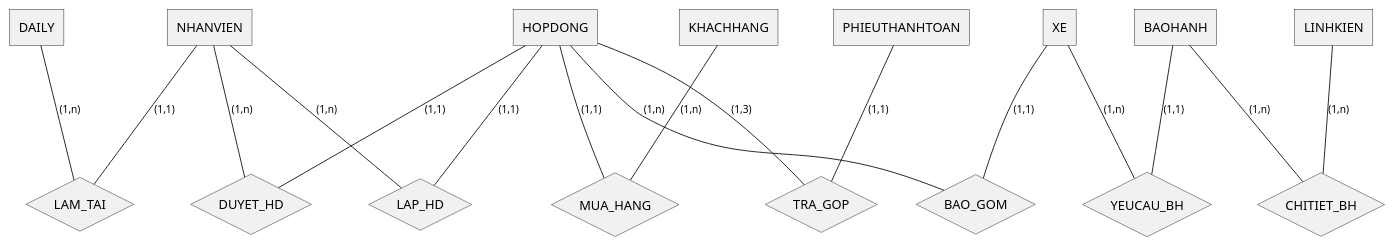
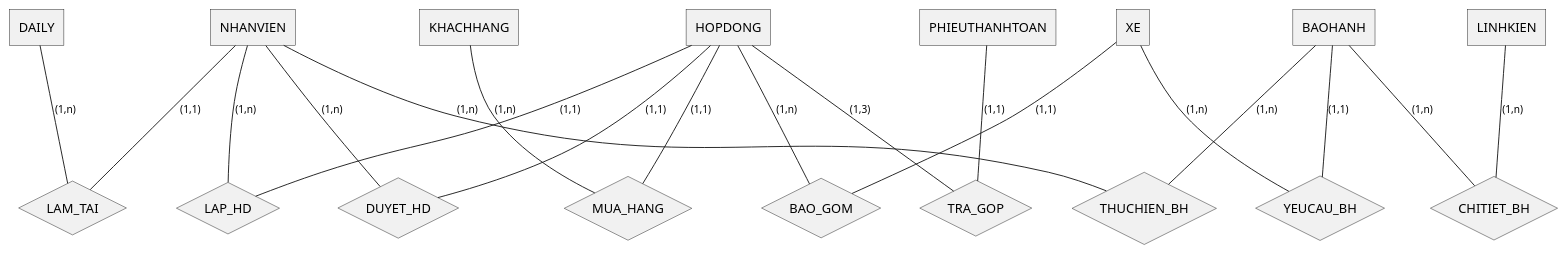
One commit to leanhvu21042001/LT.K2025.2-CNTT changed the diagram in uit/courses/IE103/exercises/BTQT2/assets/BTQT2_bai2-ERD.puml. Above: the diagram before and after it, drawn with PlantUML.

```diff
--- a/uit/courses/IE103/exercises/BTQT2/assets/BTQT2_bai2-ERD.puml
+++ b/uit/courses/IE103/exercises/BTQT2/assets/BTQT2_bai2-ERD.puml
@@ -1,117 +1,124 @@
 @startchen
 ' Sơ đồ EER (Enhanced ER) cho Bài 2
 ' Vi ERD co ban khong ho tro Ke thua (Inheritance),
 ' chung ta su dung ky phap mo rong (EER) voi ky hieu "=>= d"
 skinparam defaultFontName "Iosevka"
 !pragma layout neato
 
 ' --- Entities ---
 entity DAILY {
   ' MaDaily <<key>>
   ' ViTri
 }
 
 entity NHANVIEN {
   ' MaNV <<key>>
   ' TenNV
   ' ChucVu
 }
 
 entity KHACHHANG {
   ' MaKH <<key>>
   ' TenKH
   ' DiaChi
   ' SDT
 }
 
 entity HOPDONG {
   ' SoHD <<key>>
   ' NgayHD
   ' ThoiGianBH
   ' TienPhaiTT
   ' TienDaTT
   ' GiamTru
 }
 
 entity XE {
   ' SoKhung <<key>>
   ' SoSuon <<key>>
   ' NuocSX
   ' LoaiXe
   ' MauXe
   ' SoPK
 }
 
 entity PHIEUTHANHTOAN {
   ' MaPTT <<key>>
   ' NgayTra
   ' SoTien
 }
 
 entity BAOHANH {
   ' MaBH <<key>>
   ' NgayYeuCau
 }
 
 entity LINHKIEN {
   ' MaLK <<key>>
   ' TenLK
 }
 
 ' --- Relationships ---
 relationship LAM_TAI {
 }
 
 DAILY -(1,n)- LAM_TAI
 NHANVIEN -(1,1)- LAM_TAI
 
 relationship LAP_HD {
 }
 
 NHANVIEN -(1,n)- LAP_HD
 HOPDONG -(1,1)- LAP_HD
 
 relationship DUYET_HD {
   ' NV Ke Toan
 }
 
 NHANVIEN -(1,n)- DUYET_HD
 HOPDONG -(1,1)- DUYET_HD
 
 relationship MUA_HANG {
 }
 
 KHACHHANG -(1,n)- MUA_HANG
 HOPDONG -(1,1)- MUA_HANG
 
 relationship BAO_GOM {
   ' 1 HD co nhieu Xe
 }
 
 HOPDONG -(1,n)- BAO_GOM
 XE -(1,1)- BAO_GOM
 
 relationship TRA_GOP {
   ' 1 HD co max 3 PTT
 }
 
 HOPDONG -(1,3)- TRA_GOP
 PHIEUTHANHTOAN -(1,1)- TRA_GOP
 
 relationship YEUCAU_BH {
 }
 
 XE -(1,n)- YEUCAU_BH
 BAOHANH -(1,1)- YEUCAU_BH
 
+relationship THUCHIEN_BH {
+  ' 1 BH co nhieu Chi Tiet Bao Hanh
+}
+
+BAOHANH -(1,n)- THUCHIEN_BH
+NHANVIEN -(1,n)- THUCHIEN_BH
+
 relationship CHITIET_BH {
   ' n-n giua BAOHANH va LINHKIEN
   ' LyDo
   ' LoiThuocVe
   ' GiaTien
 }
 
 BAOHANH -(1,n)- CHITIET_BH
 LINHKIEN -(1,n)- CHITIET_BH
 
 @endchen
```
